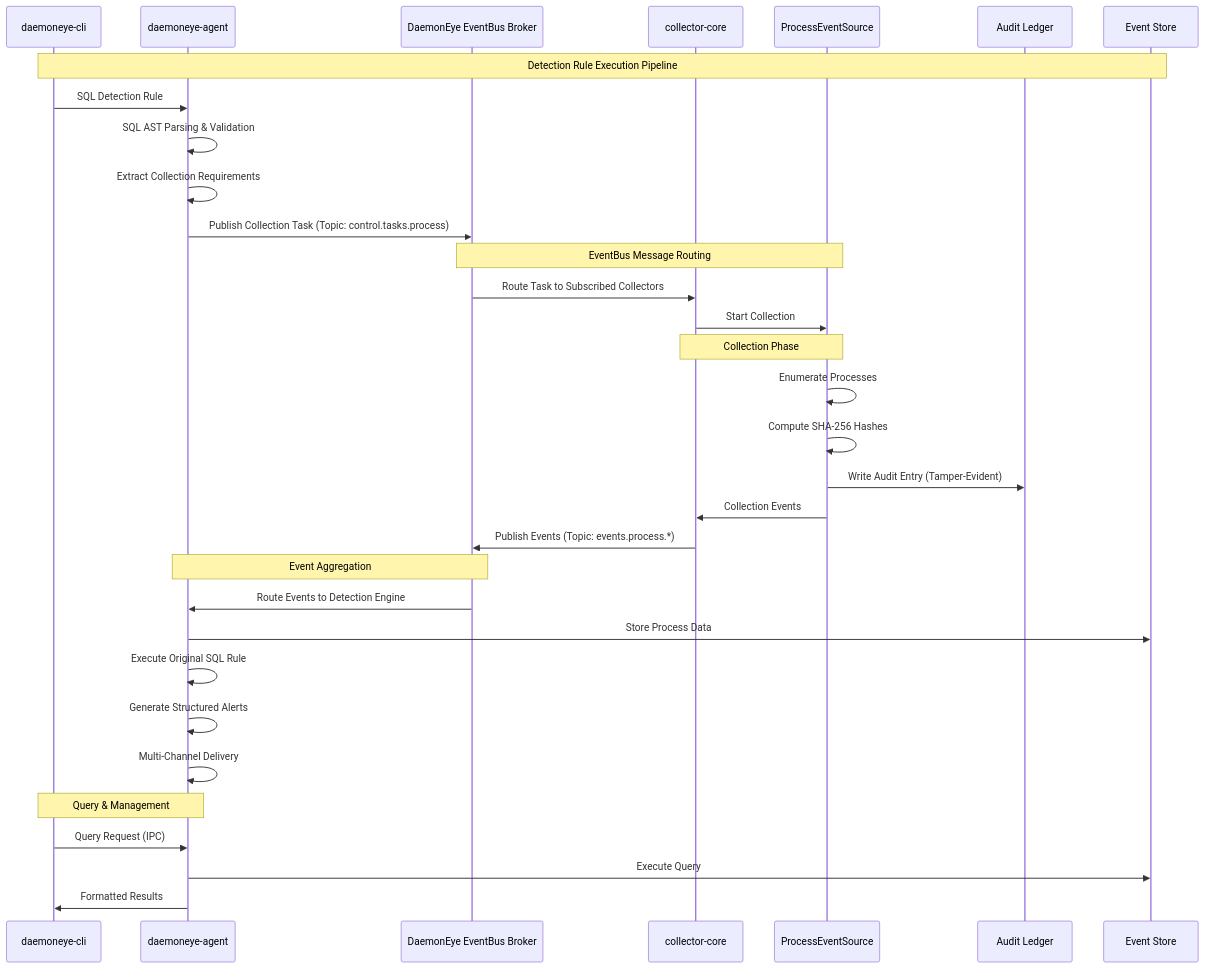
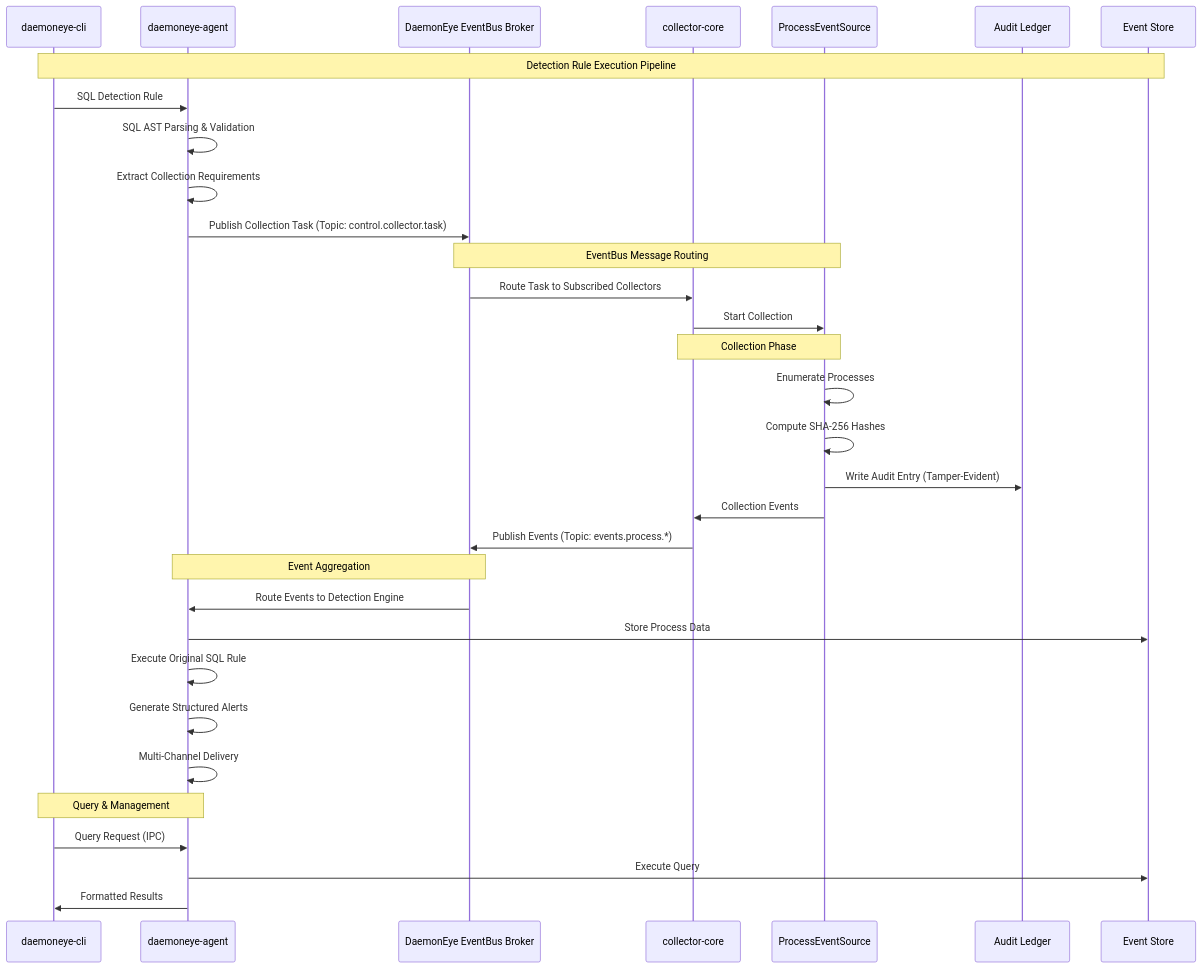
One commit to EvilBit-Labs/DaemonEye changed the third of 7 diagrams in .kiro/specs/daemoneye-core-monitoring/design.md. Above: the diagram before and after it, drawn with Mermaid. The commit also changed other lines of this file and 79 other files, not shown here.

````diff
--- a/.kiro/specs/daemoneye-core-monitoring/design.md
+++ b/.kiro/specs/daemoneye-core-monitoring/design.md
@@ -103,40 +103,40 @@
 ```mermaid
 sequenceDiagram
     participant CLI as daemoneye-cli
     participant AGENT as daemoneye-agent
     participant BROKER as DaemonEye EventBus Broker
     participant CORE as collector-core
     participant PROC as ProcessEventSource
     participant AUDIT as Audit Ledger
     participant STORE as Event Store
 
     Note over CLI,STORE: Detection Rule Execution Pipeline
 
     CLI->>AGENT: SQL Detection Rule
     AGENT->>AGENT: SQL AST Parsing & Validation
     AGENT->>AGENT: Extract Collection Requirements
-    AGENT->>BROKER: Publish Collection Task (Topic: control.tasks.process)
+    AGENT->>BROKER: Publish Collection Task (Topic: control.collector.task)
 
     Note over BROKER,PROC: EventBus Message Routing
     BROKER->>CORE: Route Task to Subscribed Collectors
     CORE->>PROC: Start Collection
 
     Note over CORE,PROC: Collection Phase
     PROC->>PROC: Enumerate Processes
     PROC->>PROC: Compute SHA-256 Hashes
     PROC->>AUDIT: Write Audit Entry (Tamper-Evident)
     PROC->>CORE: Collection Events
     CORE->>BROKER: Publish Events (Topic: events.process.*)
 
     Note over BROKER,AGENT: Event Aggregation
     BROKER->>AGENT: Route Events to Detection Engine
     AGENT->>STORE: Store Process Data
     AGENT->>AGENT: Execute Original SQL Rule
     AGENT->>AGENT: Generate Structured Alerts
     AGENT->>AGENT: Multi-Channel Delivery
 
     Note over CLI,AGENT: Query & Management
     CLI->>AGENT: Query Request (IPC)
     AGENT->>STORE: Execute Query
     AGENT->>CLI: Formatted Results
 ```
````
